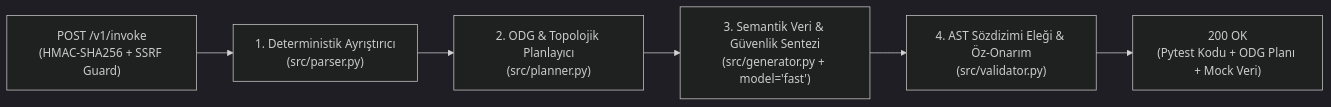
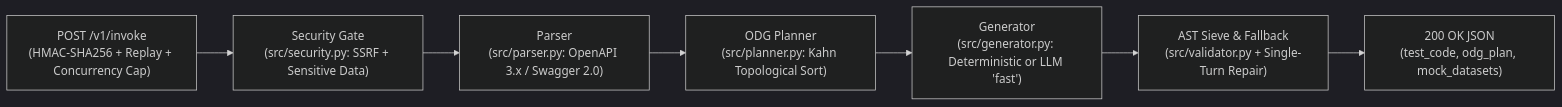
One commit to bbsine/auto-qa-engine changed the diagram in README.md. Above: the diagram before and after it, drawn with Mermaid (dark theme). The commit also changed other lines of this file and 6 other files, not shown here.

````diff
--- a/README.md
+++ b/README.md
@@ -16,8 +305,9 @@
 ```mermaid
 flowchart LR
-    A["POST /v1/invoke\n(HMAC-SHA256 + SSRF Guard)"] --> B["1. Deterministik Ayrıştırıcı\n(src/parser.py)"]
-    B --> C["2. ODG & Topolojik Planlayıcı\n(src/planner.py)"]
-    C --> D["3. Semantik Veri & Güvenlik Sentezi\n(src/generator.py + model='fast')"]
-    D --> E["4. AST Sözdizimi Eleği & Öz-Onarım\n(src/validator.py)"]
-    E --> F["200 OK\n(Pytest Kodu + ODG Planı + Mock Veri)"]
+    A["POST /v1/invoke\n(HMAC-SHA256 + Replay + Concurrency Cap)"] --> B["Security Gate\n(src/security.py: SSRF + Sensitive Data)"]
+    B --> C["Parser\n(src/parser.py: OpenAPI 3.x / Swagger 2.0)"]
+    C --> D["ODG Planner\n(src/planner.py: Kahn Topological Sort)"]
+    D --> E["Generator\n(src/generator.py: Deterministic or LLM 'fast')"]
+    E --> F["AST Sieve & Fallback\n(src/validator.py + Single-Turn Repair)"]
+    F --> G["200 OK JSON\n(test_code, odg_plan, mock_datasets)"]
 ```
````
